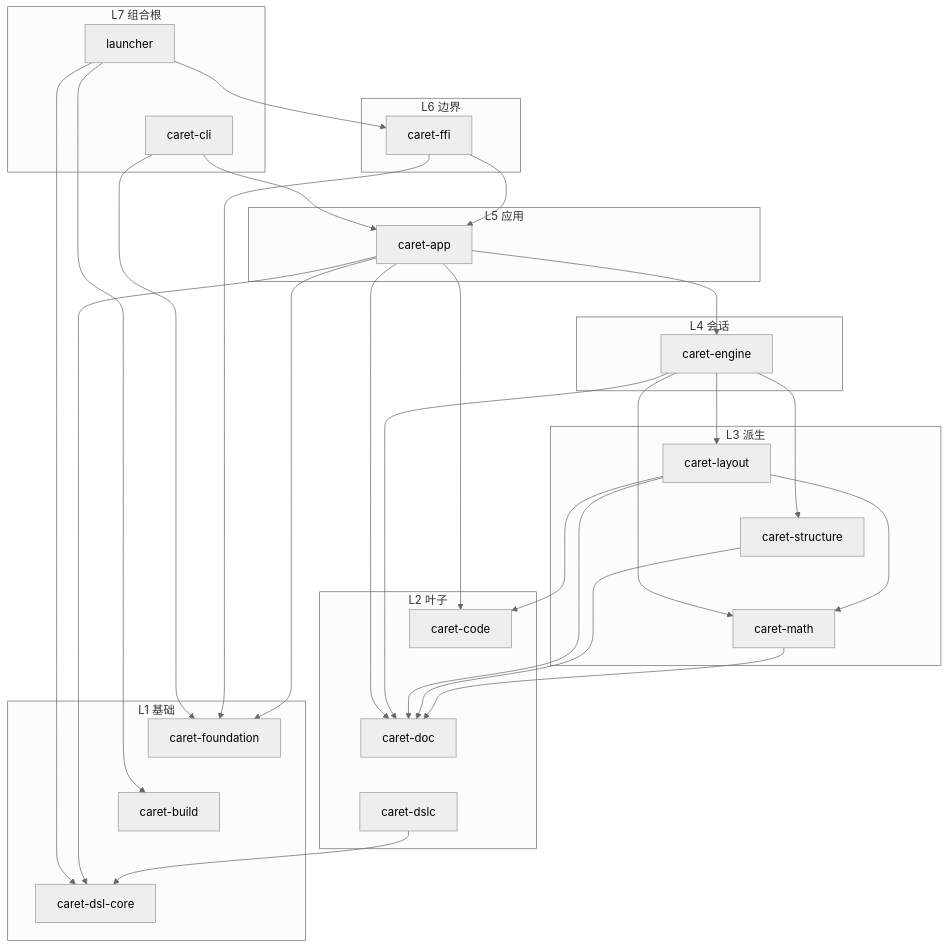
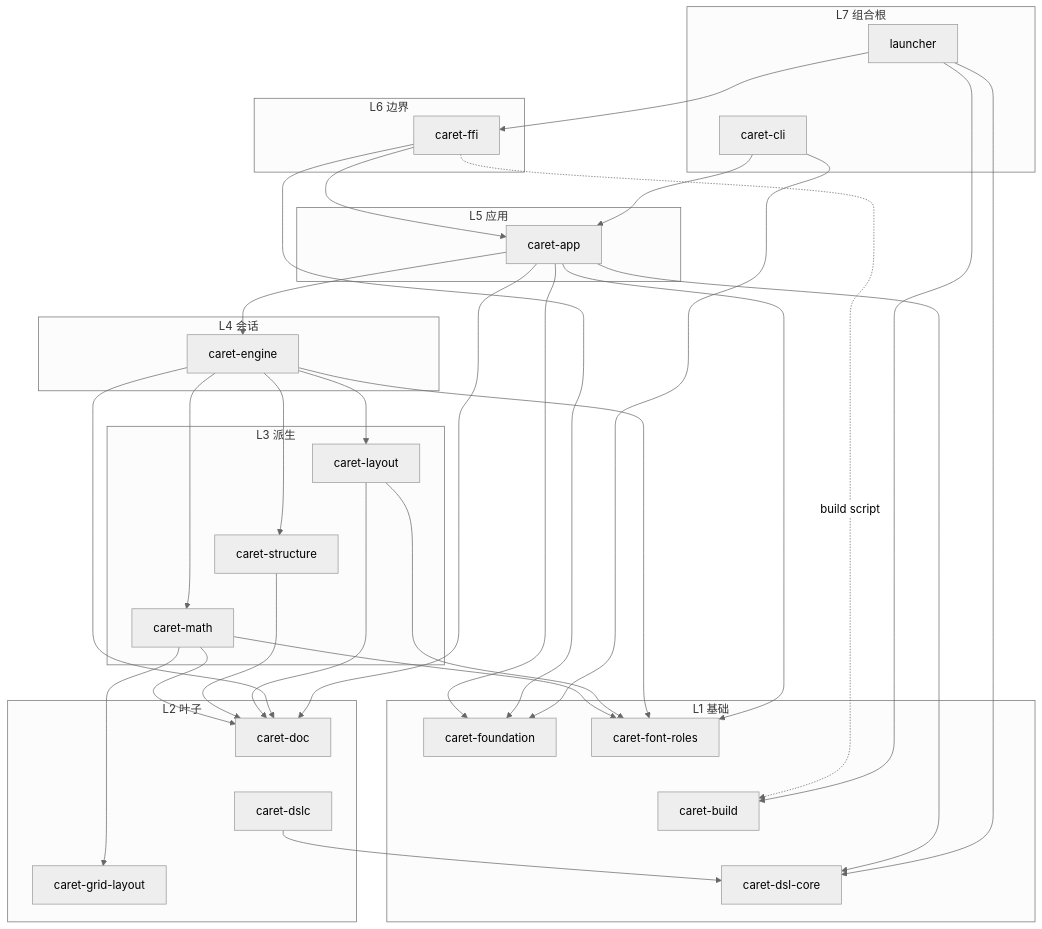
The first of 2 diagrams in ai-docs/standards/layering/dependency-graphs.md (VibeSTEM/caret), drawn with Mermaid (neutral theme) before and after one commit. The commit also changed other lines of this file and 63 other files, not shown here.

First line of the commit message:
refactor(architecture): extract shared grid and font roles (#97)

````diff
--- a/ai-docs/standards/layering/dependency-graphs.md
+++ b/ai-docs/standards/layering/dependency-graphs.md
@@ -5,61 +5,65 @@
 ```mermaid
 flowchart TB
   subgraph L7["L7 组合根"]
     launcher["launcher"]
     cli["caret-cli"]
   end
   subgraph L6["L6 边界"]
     ffi["caret-ffi"]
   end
   subgraph L5["L5 应用"]
     app["caret-app"]
   end
   subgraph L4["L4 会话"]
     engine["caret-engine"]
   end
   subgraph L3["L3 派生"]
     layout["caret-layout"]
     structure["caret-structure"]
     math["caret-math"]
   end
   subgraph L2["L2 叶子"]
-    code["caret-code"]
     doc["caret-doc"]
     dslc["caret-dslc"]
+    grid["caret-grid-layout"]
   end
   subgraph L1["L1 基础"]
     foundation["caret-foundation"]
     build["caret-build"]
     dslcore["caret-dsl-core"]
+    fontroles["caret-font-roles"]
   end
 
   launcher --> ffi
   launcher --> build
   launcher --> dslcore
+  ffi -. "build script" .-> build
   cli --> app
   cli --> foundation
   launcher ~~~ cli
   ffi --> app
   ffi --> foundation
   app --> engine
   app --> dslcore
-  app --> code
+  app --> fontroles
   app --> doc
   app --> foundation
   engine --> doc
   engine --> layout
   engine --> structure
   engine --> math
+  engine --> fontroles
   layout --> doc
-  layout --> code
-  layout --> math
+  layout --> fontroles
   structure --> doc
   math --> doc
+  math --> fontroles
+  math --> grid
   dslc --> dslcore
   layout ~~~ structure
   structure ~~~ math
   doc ~~~ dslc
   foundation ~~~ build
-  code ~~~ doc
+  dslc ~~~ grid
   build ~~~ dslcore
 ```
````
